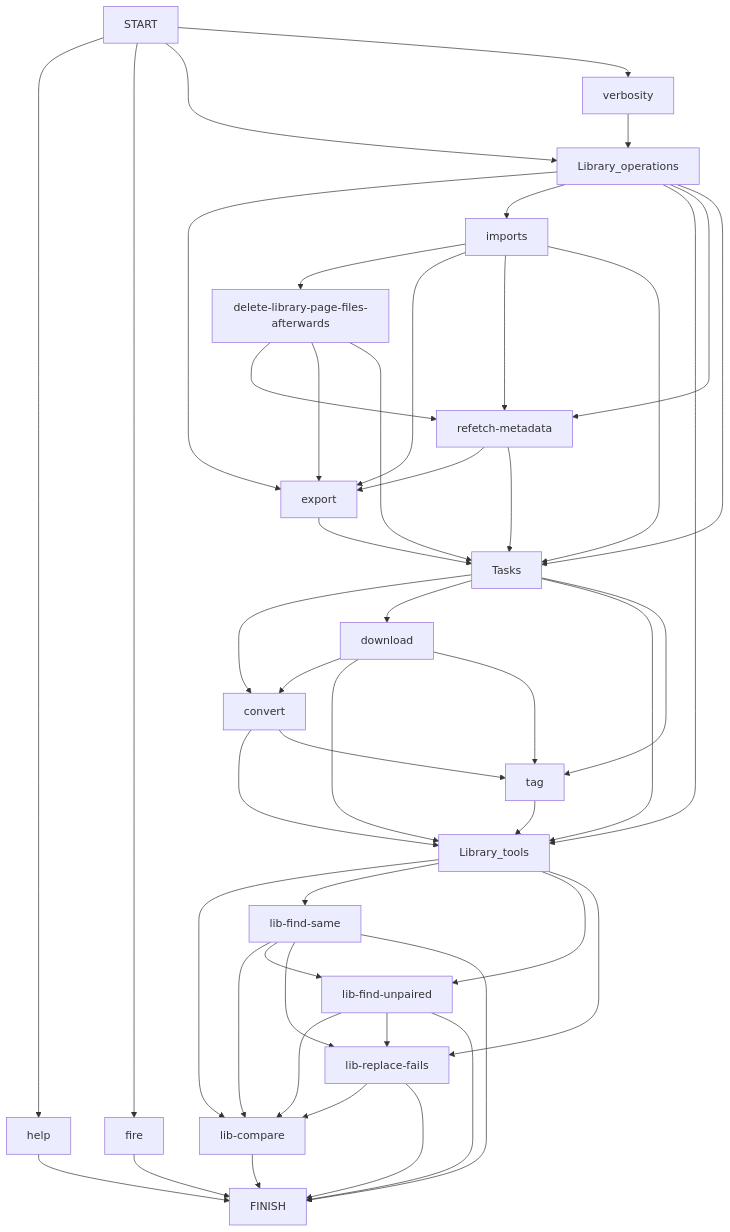
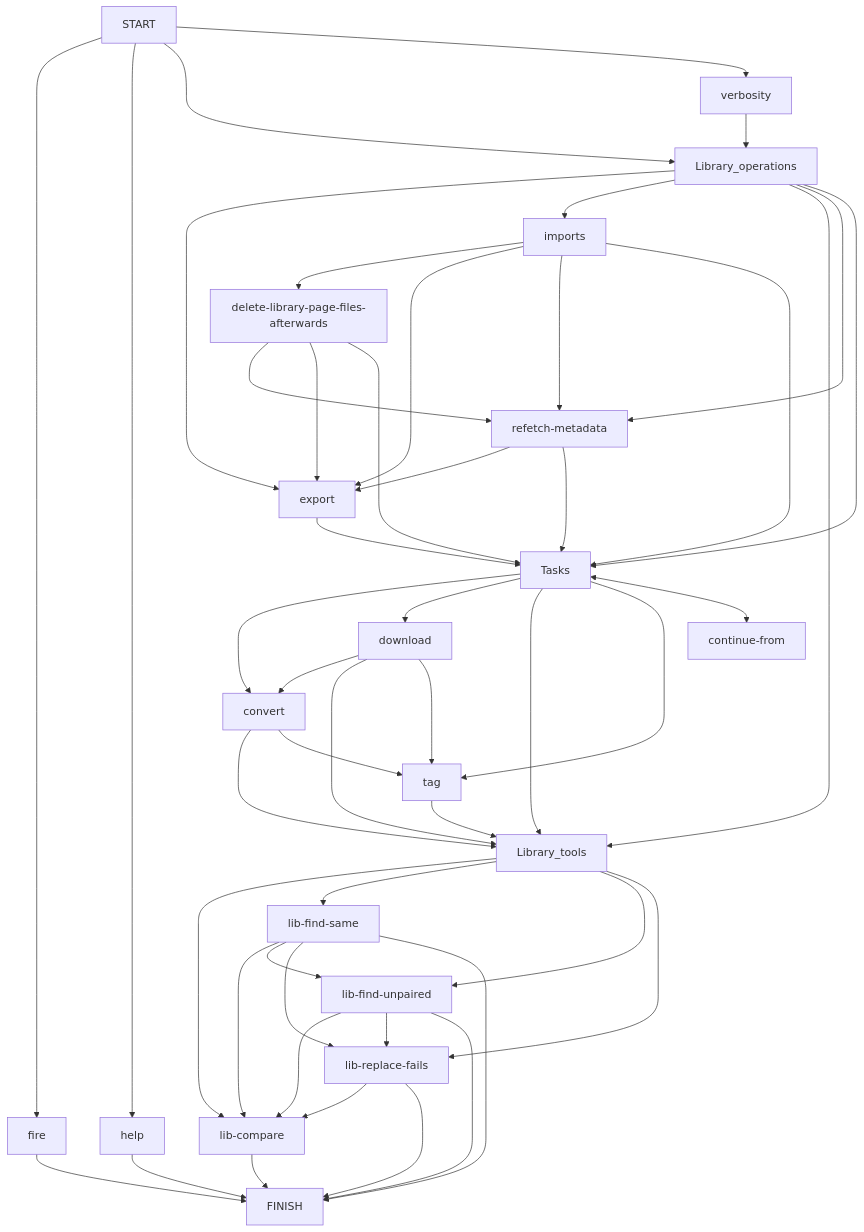
Before and after one commit to Egezenn/YTMASC: the diagram in readme.md, drawn with Mermaid. The commit also changed other lines of this file and 7 other files, not shown here.

````diff
--- a/readme.md
+++ b/readme.md
@@ -77,43 +101,44 @@
 ```mermaid
 graph TD;
 convert-->Library_tools
 convert-->tag
 delete-library-page-files-afterwards--->refetch-metadata
 delete-library-page-files-afterwards-->export
 delete-library-page-files-afterwards-->Tasks
 download-->convert
 download-->Library_tools
 download-->tag
 export-->Tasks
 imports-->delete-library-page-files-afterwards
 imports-->export
 imports-->refetch-metadata
 imports-->Tasks
 lib-find-same-->lib-compare
 lib-find-same-->lib-find-unpaired
 lib-find-same-->lib-replace-fails
 lib-find-unpaired-->lib-compare
 lib-find-unpaired-->lib-replace-fails
 lib-replace-fails-->lib-compare
 Library_operations-->export
 Library_operations-->imports
 Library_operations-->Library_tools
 Library_operations-->refetch-metadata
 Library_operations-->Tasks
 Library_tools-->lib-compare-->FINISH
 Library_tools-->lib-find-same-->FINISH
 Library_tools-->lib-find-unpaired-->FINISH
 Library_tools-->lib-replace-fails-->FINISH
 refetch-metadata-->export
 refetch-metadata-->Tasks
+START-->fire-->FINISH
 START-->help-->FINISH
-START-->fire-->FINISH
 START-->Library_operations
 START-->verbosity
 tag-->Library_tools
 Tasks-->convert
 Tasks-->download
 Tasks-->Library_tools
 Tasks-->tag
+Tasks<-->continue-from
 verbosity-->Library_operations
 ```
````
